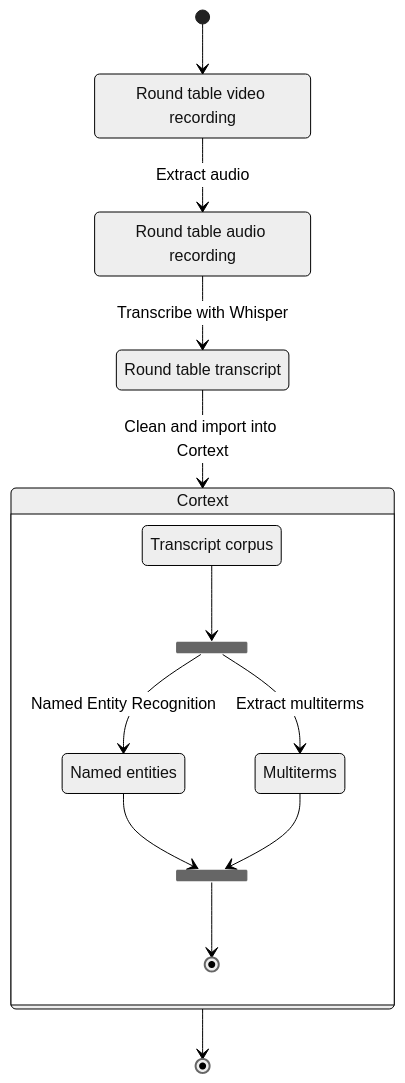
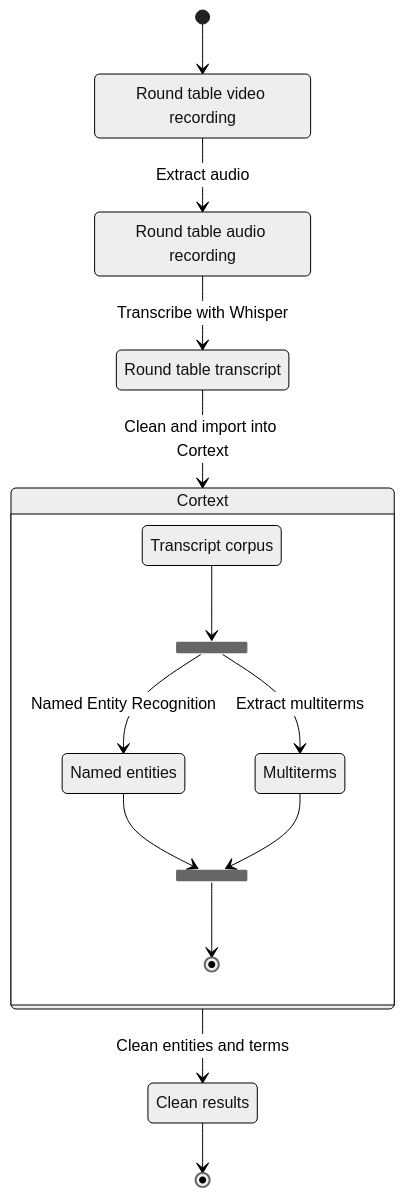
Before and after one commit to VCityTeam/PEPR-VDBI: the diagram in data-visualization/src/pages/reports/js-2025-round-table-analysis-en.md, drawn with Mermaid. The commit also changed other lines of this file and 3 other files, not shown here.

````diff
--- a/data-visualization/src/pages/reports/js-2025-round-table-analysis-en.md
+++ b/data-visualization/src/pages/reports/js-2025-round-table-analysis-en.md
@@ -104,38 +103,40 @@
 ```mermaid
 ---
 config: {
   theme: "neutral"
 }
 ---
 
 stateDiagram-v2
 
   %% direction LR
 
   v   : Round table video recording
   a   : Round table audio recording
   t   : Round table transcript
   c   : Transcript corpus
   e   : Named entities
+  f   : Clean results
 
   [*] --> v
   v --> a         : Extract audio
   a --> t         : Transcribe with Whisper
   t --> Cortext   : Clean and import into Cortext
 
   state Cortext {
     %% direction LR
 
     state fork2 <<fork>>
       c --> fork2
       fork2 --> e    : Named Entity Recognition
       fork2 --> Multiterms  : Extract multiterms
 
     state join2 <<join>>
       e --> join2
       Multiterms --> join2
       join2 --> [*]
   }
 
-  Cortext --> [*]
+  Cortext --> f : Clean entities and terms
+  f --> [*]
 ```
````
